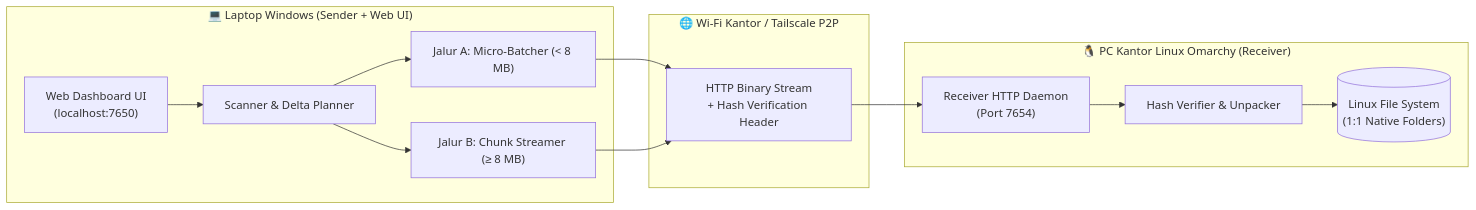
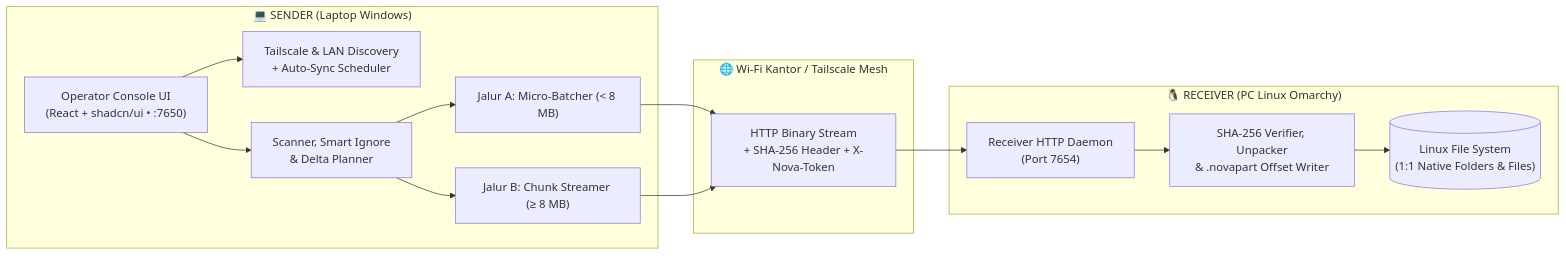
Before and after one commit to rheatkhs/nova-share: the diagram in README.md, drawn with Mermaid. The commit also changed other lines of this file and 1 other file, not shown here.

````diff
--- a/README.md
+++ b/README.md
@@ -37,23 +70,24 @@
 ```mermaid
 flowchart LR
-    subgraph Windows ["💻 Laptop Windows (Sender + Web UI)"]
-        UI["Web Dashboard UI\n(localhost:7650)"]
-        Scanner["Scanner & Delta Planner"]
+    subgraph Sender ["💻 SENDER (Laptop Windows)"]
+        UI["Operator Console UI\n(React + shadcn/ui • :7650)"]
+        Discovery["Tailscale & LAN Discovery\n+ Auto-Sync Scheduler"]
+        Scanner["Scanner, Smart Ignore\n& Delta Planner"]
         Batcher["Jalur A: Micro-Batcher (< 8 MB)"]
         Chunker["Jalur B: Chunk Streamer (≥ 8 MB)"]
     end
 
-    subgraph Network ["🌐 Wi-Fi Kantor / Tailscale P2P"]
-        Stream["HTTP Binary Stream\n+ Hash Verification Header"]
+    subgraph Network ["🌐 Wi-Fi Kantor / Tailscale Mesh"]
+        Stream["HTTP Binary Stream\n+ SHA-256 Header + X-Nova-Token"]
     end
 
-    subgraph Linux ["🐧 PC Kantor Linux Omarchy (Receiver)"]
+    subgraph Receiver ["🐧 RECEIVER (PC Linux Omarchy)"]
         Daemon["Receiver HTTP Daemon\n(Port 7654)"]
-        Verifier["Hash Verifier & Unpacker"]
-        Disk[("Linux File System\n(1:1 Native Folders)")]
+        Verifier["SHA-256 Verifier, Unpacker\n& .novapart Offset Writer"]
+        Disk[("Linux File System\n(1:1 Native Folders & Files)")]
     end
 
-    UI --> Scanner
+    UI --> Discovery & Scanner
     Scanner --> Batcher & Chunker
     Batcher & Chunker --> Stream --> Daemon --> Verifier --> Disk
 ```
````
